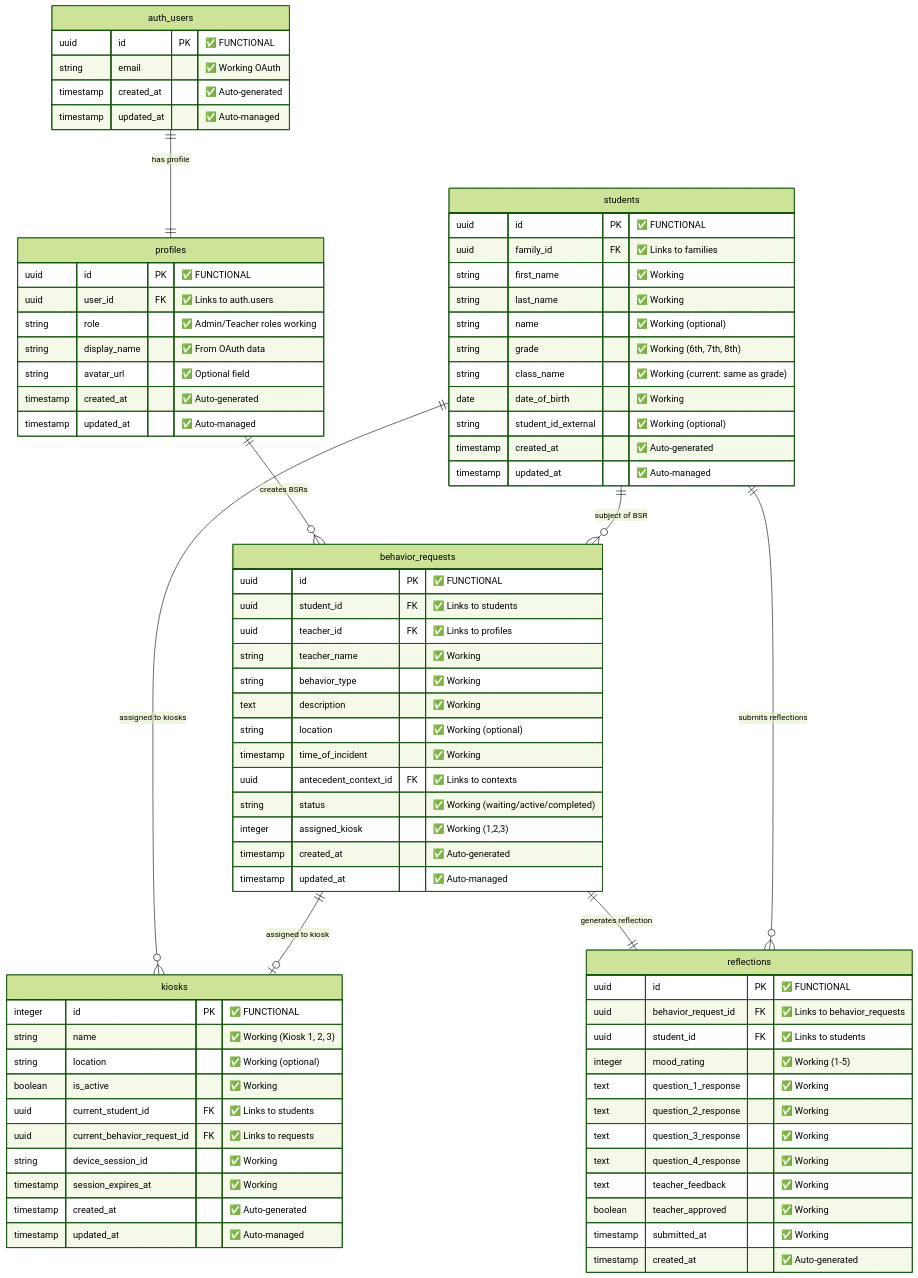
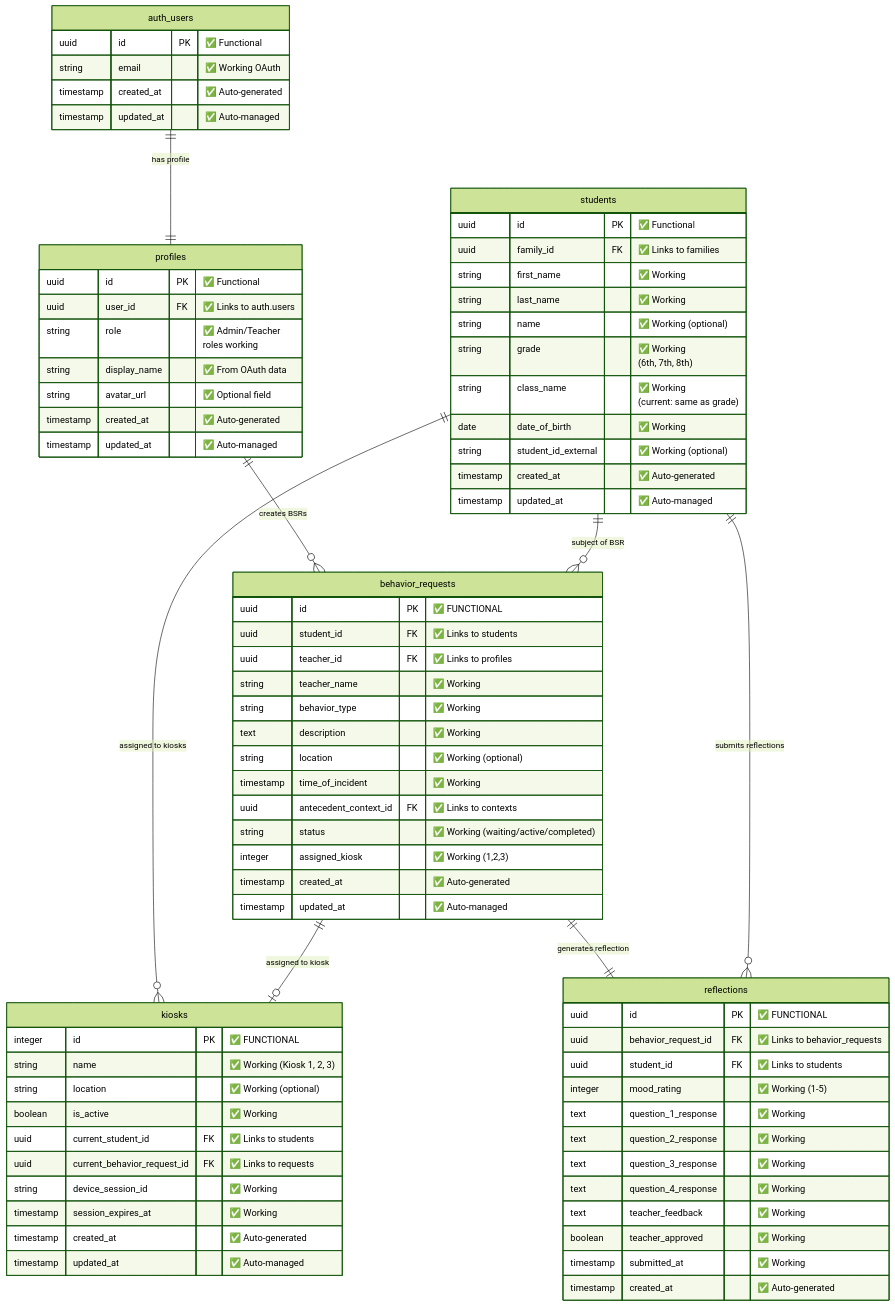
One commit to Splurfa/bx-os changed the first of 4 diagrams in docs/flowcharts/Current-State/03-current-database-schema.md. Above: the diagram before and after it, drawn with Mermaid (forest theme). The commit also changed 11 other files, not shown here.

Commit message:
Fix flowchart text wrapping

````diff
--- a/docs/flowcharts/Current-State/03-current-database-schema.md
+++ b/docs/flowcharts/Current-State/03-current-database-schema.md
@@ -9,16 +9,16 @@
 ```mermaid
 erDiagram
     auth_users {
-        uuid id PK "✅ FUNCTIONAL"
+        uuid id PK "✅ Functional"
         string email "✅ Working OAuth"
         timestamp created_at "✅ Auto-generated"
         timestamp updated_at "✅ Auto-managed"
     }
     
     profiles {
-        uuid id PK "✅ FUNCTIONAL"
+        uuid id PK "✅ Functional"
         uuid user_id FK "✅ Links to auth.users"
-        string role "✅ Admin/Teacher roles working" 
+        string role "✅ Admin/Teacher<br/>roles working" 
         string display_name "✅ From OAuth data"
         string avatar_url "✅ Optional field"
         timestamp created_at "✅ Auto-generated"
@@ -26,13 +26,13 @@
     }
     
     students {
-        uuid id PK "✅ FUNCTIONAL"
+        uuid id PK "✅ Functional"
         uuid family_id FK "✅ Links to families"
         string first_name "✅ Working"
         string last_name "✅ Working"
         string name "✅ Working (optional)"
-        string grade "✅ Working (6th, 7th, 8th)"
-        string class_name "✅ Working (current: same as grade)"
+        string grade "✅ Working<br/>(6th, 7th, 8th)"
+        string class_name "✅ Working<br/>(current: same as grade)"
         date date_of_birth "✅ Working"
         string student_id_external "✅ Working (optional)"
         timestamp created_at "✅ Auto-generated"
````
